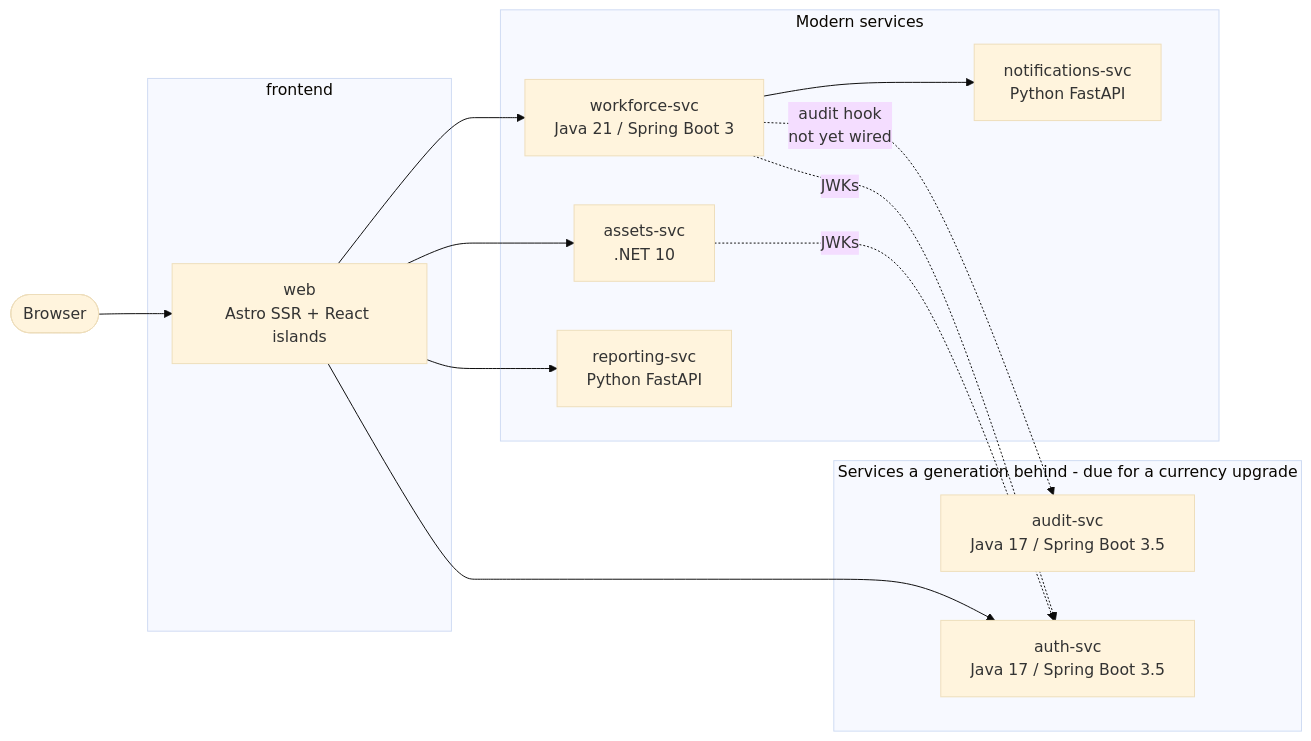
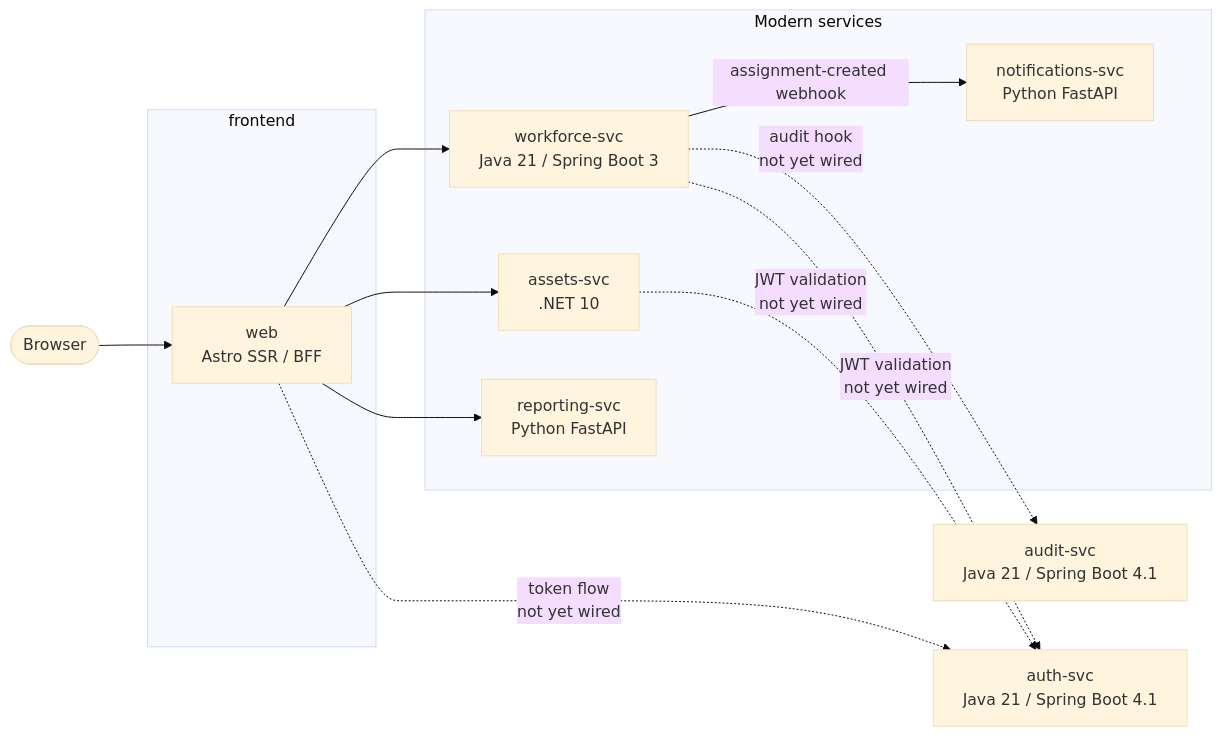
Before and after one commit to jamesmorrissey11/AssetTrack: the diagram in README.md, drawn with Mermaid (base theme). The commit also changed other lines of this file and 26 other files, not shown here.

````diff
--- a/README.md
+++ b/README.md
@@ -7,29 +12,27 @@
 ```mermaid
 flowchart LR
     browser([Browser]) --> web
 
     subgraph frontend
-      web[web<br/>Astro SSR + React islands]
+      web[web<br/>Astro SSR / BFF]
     end
 
     subgraph modern[Modern services]
       assets[assets-svc<br/>.NET 10]
       workforce[workforce-svc<br/>Java 21 / Spring Boot 3]
       reporting[reporting-svc<br/>Python FastAPI]
       notifications[notifications-svc<br/>Python FastAPI]
     end
 
-    subgraph behind[Services a generation behind - due for a currency upgrade]
-      audit[audit-svc<br/>Java 17 / Spring Boot 3.5]
-      auth[auth-svc<br/>Java 17 / Spring Boot 3.5]
-    end
+    audit[audit-svc<br/>Java 21 / Spring Boot 4.1]
+    auth[auth-svc<br/>Java 21 / Spring Boot 4.1]
 
     web --> assets
     web --> workforce
     web --> reporting
-    web --> auth
     workforce -.audit hook<br/>not yet wired.-> audit
-    workforce --> notifications
-    assets -.JWKs.-> auth
-    workforce -.JWKs.-> auth
+    workforce -->|assignment-created webhook| notifications
+    web -.token flow<br/>not yet wired.-> auth
+    assets -.JWT validation<br/>not yet wired.-> auth
+    workforce -.JWT validation<br/>not yet wired.-> auth
 ```
````
